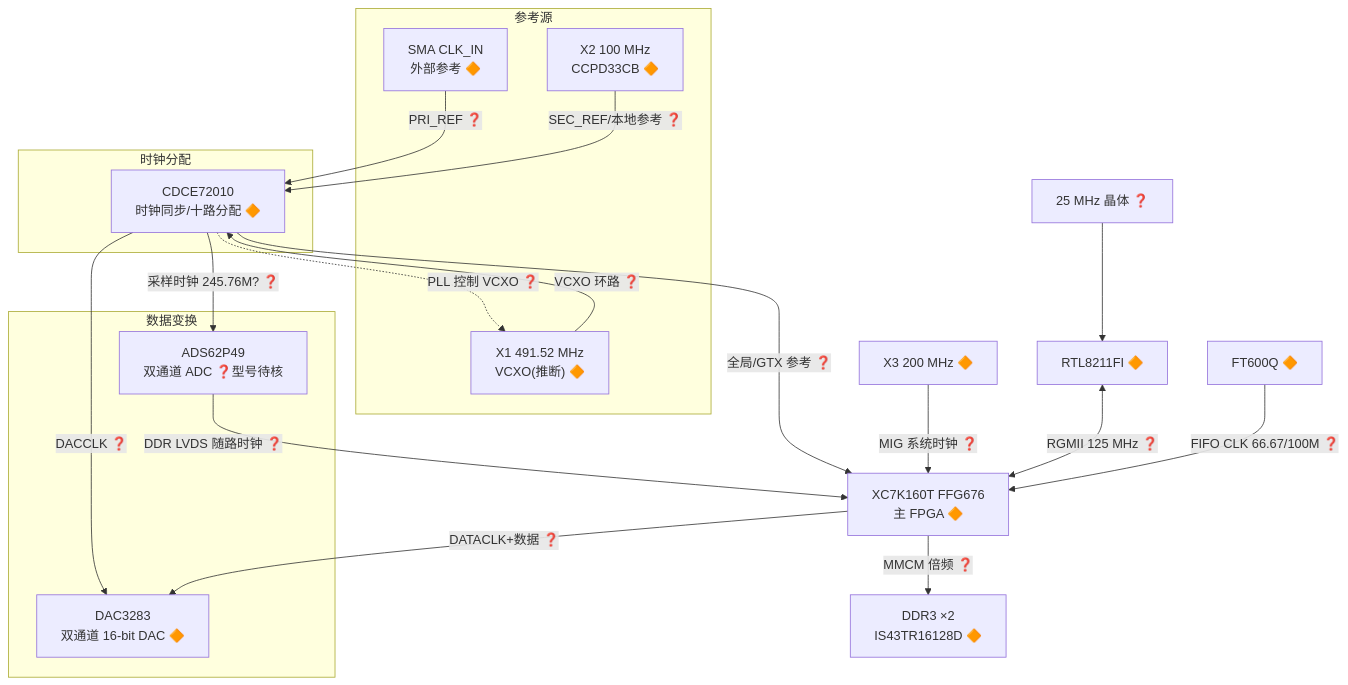
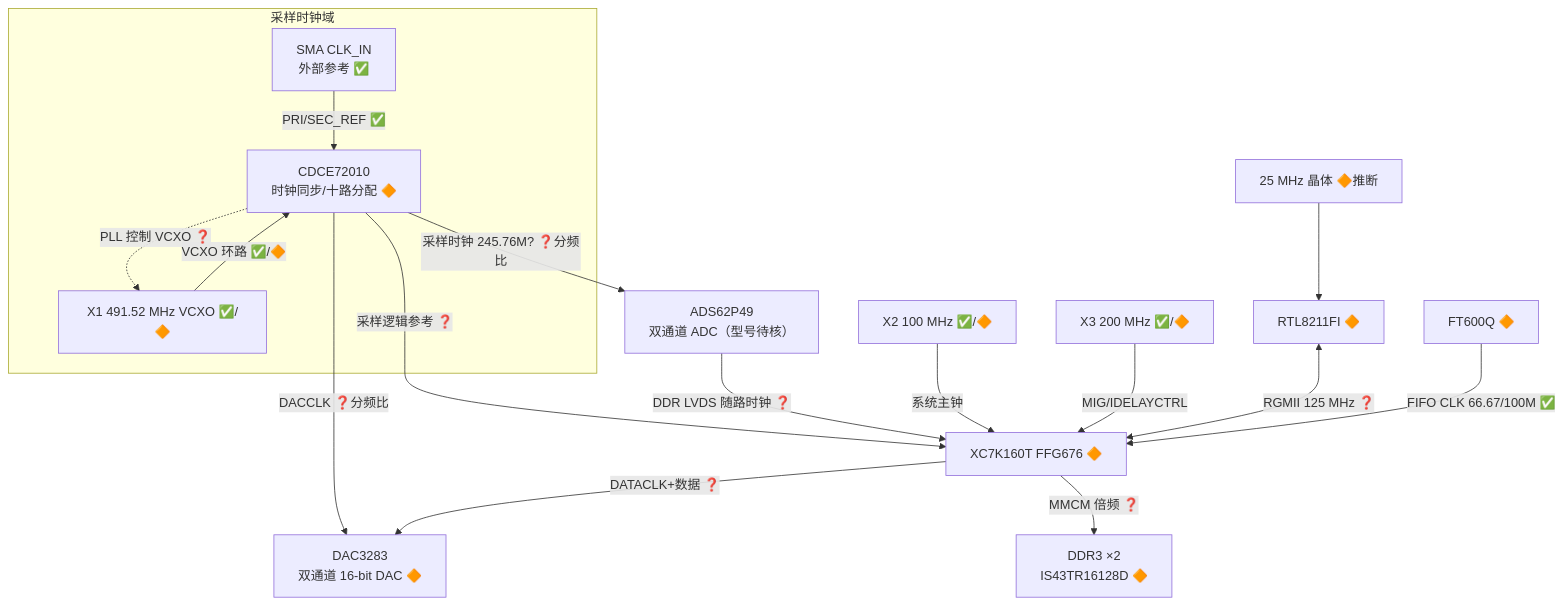
One commit to 9997433-bit/MD changed the diagram in zero0000-research/01_hardware/时钟树.md. Above: the diagram before and after it, drawn with Mermaid. The commit also changed other lines of this file and 1 other file, not shown here.

````diff
--- a/zero0000-research/01_hardware/时钟树.md
+++ b/zero0000-research/01_hardware/时钟树.md
@@ -42,37 +39,29 @@
 ```mermaid
 flowchart TD
-    subgraph 参考源
-        CLKIN["SMA CLK_IN<br/>外部参考 🔶"]
-        X2["X2 100 MHz<br/>CCPD33CB 🔶"]
-        X1["X1 491.52 MHz<br/>VCXO(推断) 🔶"]
+    subgraph 采样时钟域
+        CLKIN["SMA CLK_IN<br/>外部参考 ✅"]
+        X1["X1 491.52 MHz VCXO ✅/🔶"]
+        CDCE["CDCE72010<br/>时钟同步/十路分配 🔶"]
+        CLKIN -->|"PRI/SEC_REF ✅"| CDCE
+        X1 -->|"VCXO 环路 ✅/🔶"| CDCE
+        CDCE -.->|"PLL 控制 VCXO ❓"| X1
     end
 
-    subgraph 时钟分配
-        CDCE["CDCE72010<br/>时钟同步/十路分配 🔶"]
-    end
+    ADC["ADS62P49<br/>双通道 ADC（型号待核）"]
+    DAC["DAC3283<br/>双通道 16-bit DAC 🔶"]
+    FPGA["XC7K160T FFG676 🔶"]
 
-    CLKIN -->|"PRI_REF ❓"| CDCE
-    X2 -->|"SEC_REF/本地参考 ❓"| CDCE
-    X1 -->|"VCXO 环路 ❓"| CDCE
-    CDCE -.->|"PLL 控制 VCXO ❓"| X1
-
-    subgraph 数据变换
-        ADC["ADS62P49<br/>双通道 ADC ❓型号待核"]
-        DAC["DAC3283<br/>双通道 16-bit DAC 🔶"]
-    end
-
-    FPGA["XC7K160T FFG676<br/>主 FPGA 🔶"]
-
-    CDCE -->|"采样时钟 245.76M? ❓"| ADC
-    CDCE -->|"DACCLK ❓"| DAC
-    CDCE -->|"全局/GTX 参考 ❓"| FPGA
+    CDCE -->|"采样时钟 245.76M? ❓分频比"| ADC
+    CDCE -->|"DACCLK ❓分频比"| DAC
+    CDCE -->|"采样逻辑参考 ❓"| FPGA
     ADC -->|"DDR LVDS 随路时钟 ❓"| FPGA
     FPGA -->|"DATACLK+数据 ❓"| DAC
 
-    X3["X3 200 MHz 🔶"] -->|"MIG 系统时钟 ❓"| FPGA
+    X2["X2 100 MHz ✅/🔶"] -->|"系统主钟"| FPGA
+    X3["X3 200 MHz ✅/🔶"] -->|"MIG/IDELAYCTRL"| FPGA
     FPGA -->|"MMCM 倍频 ❓"| DDR3["DDR3 ×2<br/>IS43TR16128D 🔶"]
 
-    XTAL25["25 MHz 晶体 ❓"] --> PHY["RTL8211FI 🔶"]
+    XTAL25["25 MHz 晶体 🔶推断"] --> PHY["RTL8211FI 🔶"]
     PHY <-->|"RGMII 125 MHz ❓"| FPGA
-    FT["FT600Q 🔶"] -->|"FIFO CLK 66.67/100M ❓"| FPGA
+    FT["FT600Q 🔶"] -->|"FIFO CLK 66.67/100M ✅"| FPGA
 ```
````
